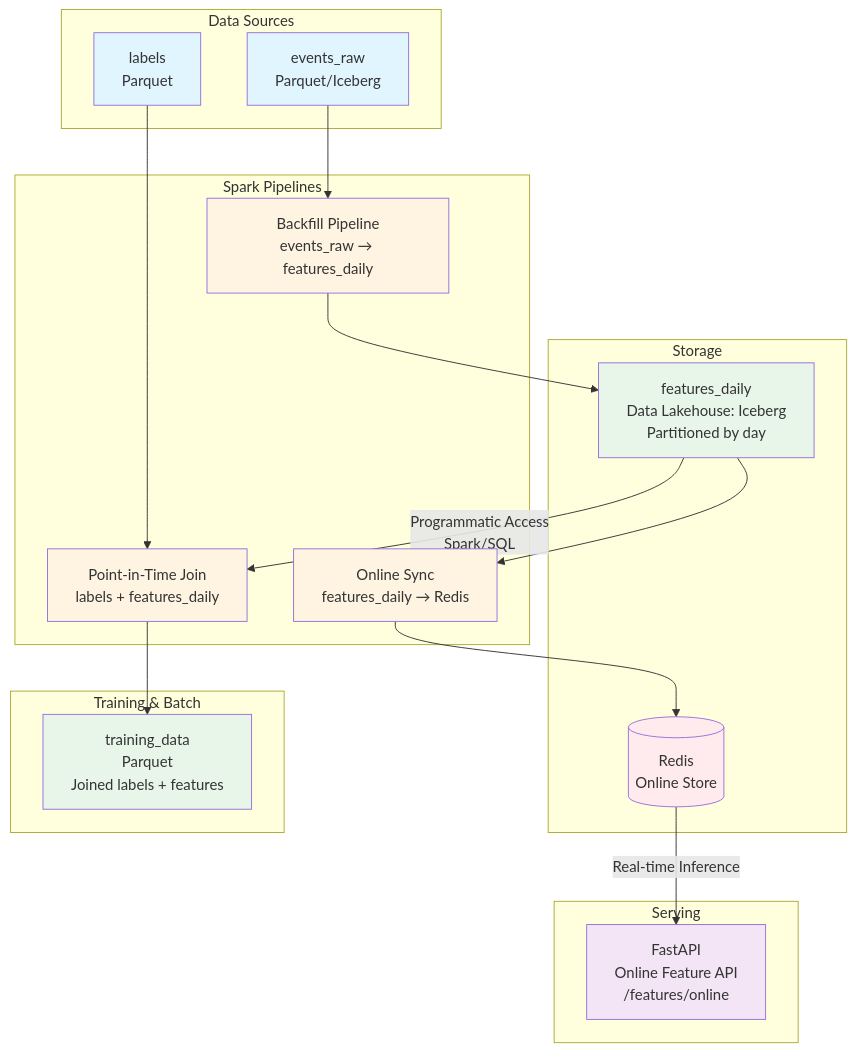
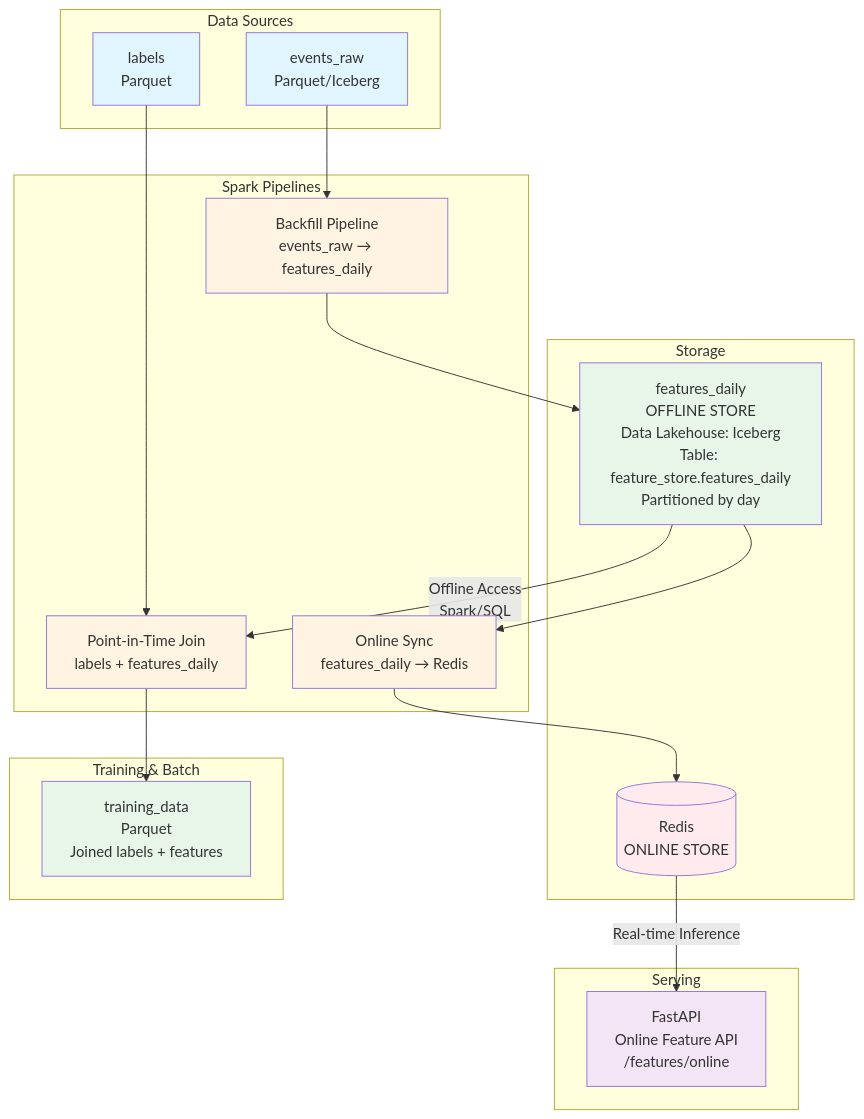
The diagram in README.md (Wendyddw/mini-feature-store), drawn with Mermaid before and after one commit.

Commit message:
specify offline store in the diagram

````diff
--- a/README.md
+++ b/README.md
@@ -7,45 +7,45 @@
 ```mermaid
 graph TB
     subgraph "Data Sources"
         ER[events_raw<br/>Parquet/Iceberg]
         L[labels<br/>Parquet]
     end
 
     subgraph "Spark Pipelines"
         BP[Backfill Pipeline<br/>events_raw → features_daily]
         PITJ[Point-in-Time Join<br/>labels + features_daily]
         OS[Online Sync<br/>features_daily → Redis]
     end
 
     subgraph "Storage"
-        FD[features_daily<br/>Data Lakehouse: Iceberg<br/>Partitioned by day]
-        R[(Redis<br/>Online Store)]
+        FD[features_daily<br/>OFFLINE STORE<br/>Data Lakehouse: Iceberg<br/>Table: feature_store.features_daily<br/>Partitioned by day]
+        R[(Redis<br/>ONLINE STORE)]
     end
 
     subgraph "Serving"
         API[FastAPI<br/>Online Feature API<br/>/features/online]
     end
 
     subgraph "Training & Batch"
         TD[training_data<br/>Parquet<br/>Joined labels + features]
     end
 
     ER --> BP
     BP --> FD
     L --> PITJ
-    FD -->|Programmatic Access<br/>Spark/SQL| PITJ
+    FD -->|Offline Access<br/>Spark/SQL| PITJ
     PITJ --> TD
     FD --> OS
     OS --> R
     R -->|Real-time Inference| API
 
     style ER fill:#e1f5ff
     style L fill:#e1f5ff
     style BP fill:#fff4e1
     style PITJ fill:#fff4e1
     style OS fill:#fff4e1
     style FD fill:#e8f5e9
     style TD fill:#e8f5e9
     style R fill:#ffebee
     style API fill:#f3e5f5
 ```
````
